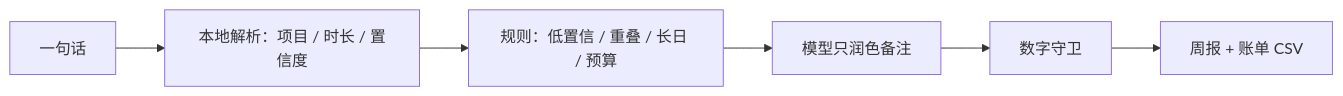
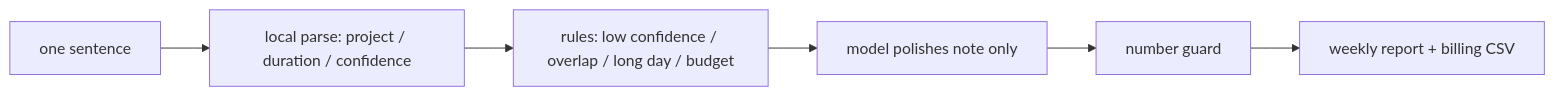
Before and after one commit to wushiyi105-jpg/hours: the diagram in README.en.md, drawn with Mermaid. The commit also changed other lines of this file and 5 other files, not shown here.

````diff
--- a/README.en.md
+++ b/README.en.md
@@ -65,8 +68,8 @@
 ```mermaid
 graph LR
-  A[一句话] --> M[本地解析：项目 / 时长 / 置信度]
-  M --> R[规则：低置信 / 重叠 / 长日 / 预算]
-  R --> P[模型只润色备注]
-  P --> G[数字守卫]
-  G --> O[周报 + 账单 CSV]
+  A[one sentence] --> M[local parse: project / duration / confidence]
+  M --> R[rules: low confidence / overlap / long day / budget]
+  R --> P[model polishes note only]
+  P --> G[number guard]
+  G --> O[weekly report + billing CSV]
 ```
````
